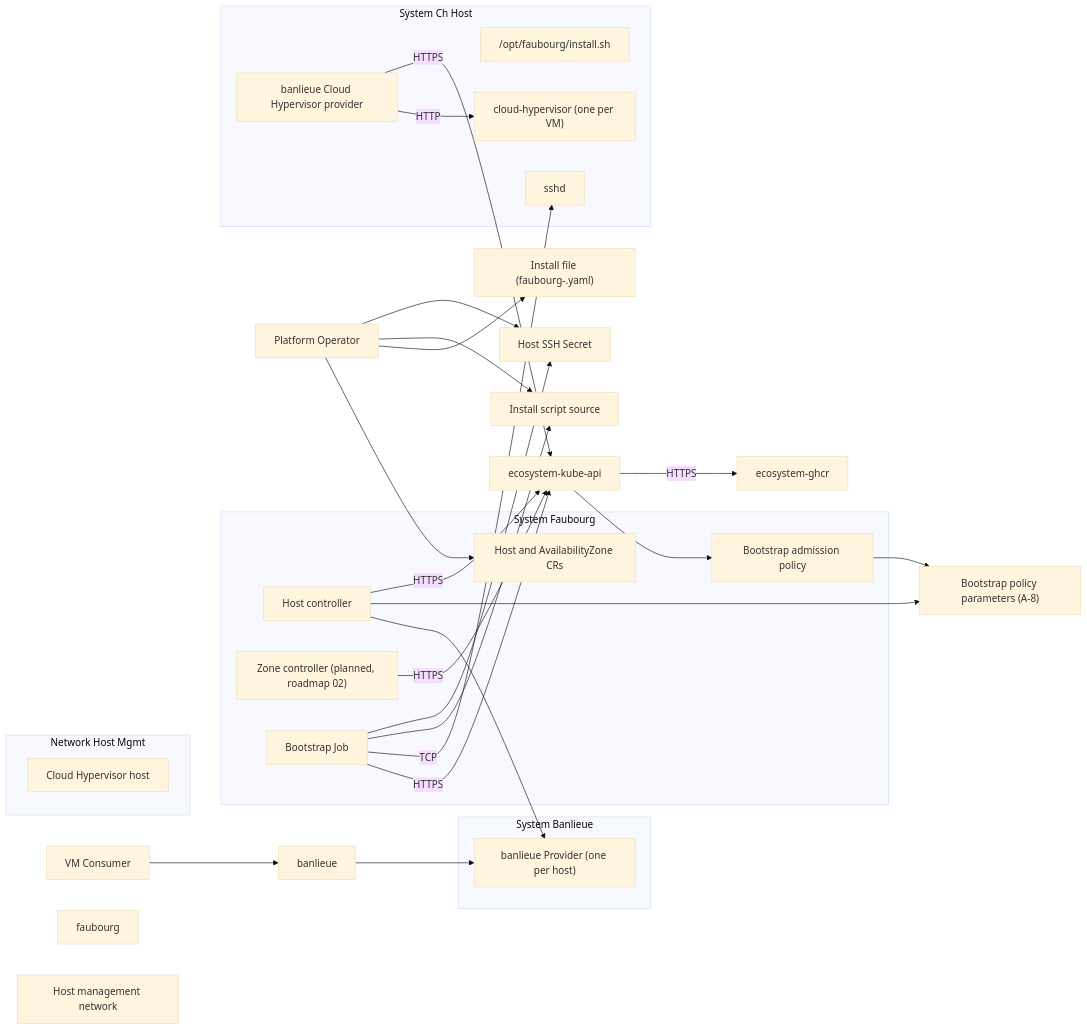
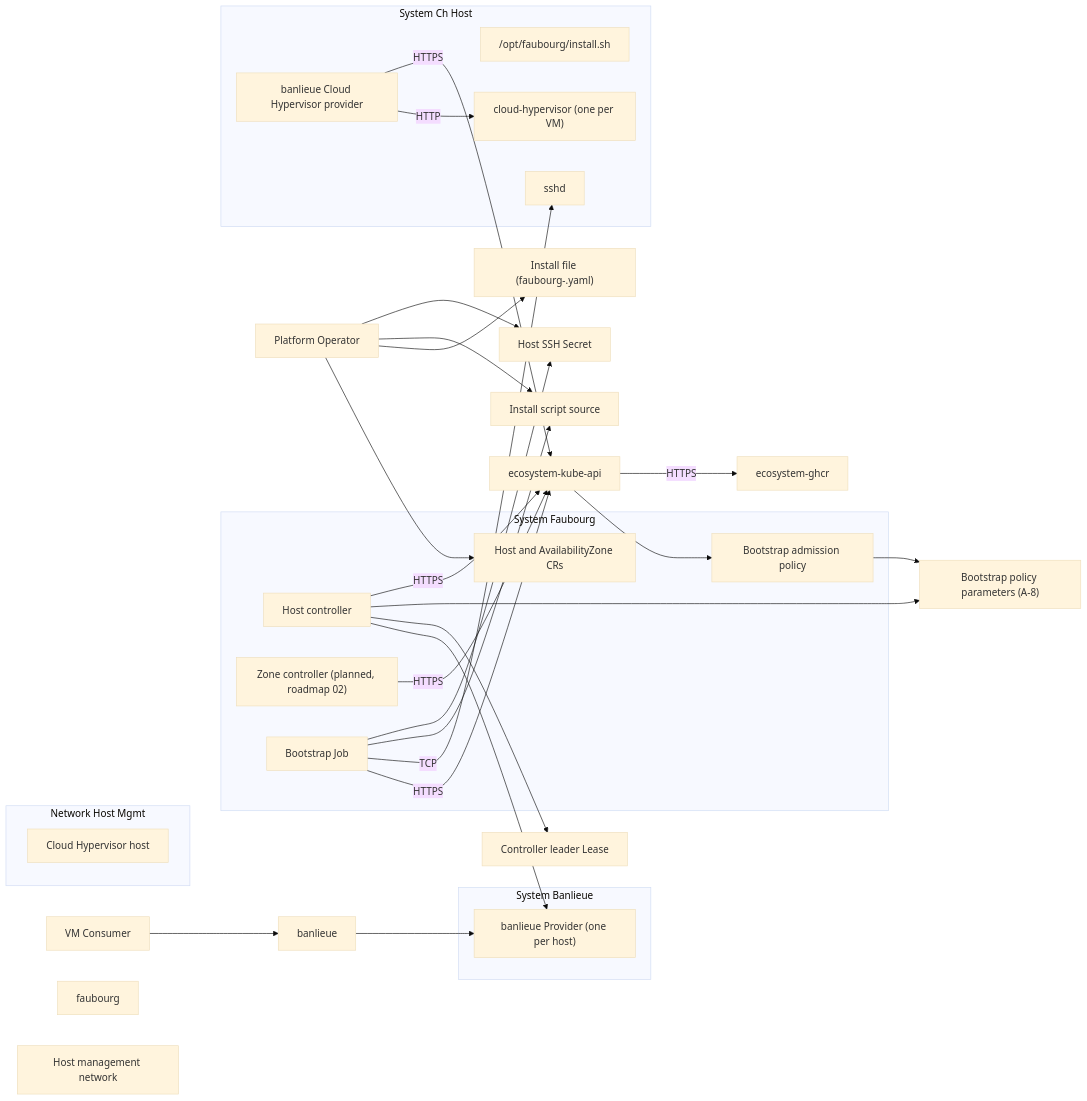
Before and after one commit to firestoned/faubourg: the diagram in docs/architecture/diagrams/system.md, drawn with Mermaid (base theme). The commit also changed 16 other files, not shown here.

````diff
--- a/docs/architecture/diagrams/system.md
+++ b/docs/architecture/diagrams/system.md
@@ -21,61 +21,63 @@
 ```mermaid
 flowchart LR
     actor-platform-operator["Platform Operator"]
     actor-vm-consumer["VM Consumer"]
     system-faubourg["faubourg"]
     service-host-controller["Host controller"]
     service-zone-controller["Zone controller (planned, roadmap 02)"]
     service-bootstrap-job["Bootstrap Job"]
     service-bootstrap-admission-policy["Bootstrap admission policy"]
     data-asset-bootstrap-policy-params["Bootstrap policy parameters (A-8)"]
+    data-asset-controller-lease["Controller leader Lease"]
     data-asset-host-az-crs["Host and AvailabilityZone CRs"]
     data-asset-ssh-secret["Host SSH Secret"]
     system-banlieue["banlieue"]
     data-asset-provider-cr["banlieue Provider (one per host)"]
     system-ch-host["Cloud Hypervisor host"]
     data-asset-install-script["Install script source"]
     data-asset-host-install-script["/opt/faubourg/install.sh"]
     service-ssh["sshd"]
     service-banlieue-ch-provider["banlieue Cloud Hypervisor provider"]
     service-cloud-hypervisor["cloud-hypervisor (one per VM)"]
     network-host-mgmt["Host management network"]
     data-asset-install-file["Install file (faubourg-<version>.yaml)"]
     subgraph sg_system-faubourg [System Faubourg]
         service-host-controller
         service-zone-controller
         service-bootstrap-job
         service-bootstrap-admission-policy
         data-asset-host-az-crs
     end
     subgraph sg_system-ch-host [System Ch Host]
         service-ssh
         data-asset-host-install-script
         service-banlieue-ch-provider
         service-cloud-hypervisor
     end
     subgraph sg_system-banlieue [System Banlieue]
         data-asset-provider-cr
     end
     subgraph sg_network-host-mgmt [Network Host Mgmt]
         system-ch-host
     end
     actor-platform-operator --> data-asset-host-az-crs
     actor-platform-operator --> data-asset-ssh-secret
     actor-platform-operator --> data-asset-install-script
     actor-vm-consumer --> system-banlieue
     service-host-controller -->|HTTPS| ecosystem-kube-api
     ecosystem-kube-api --> service-bootstrap-admission-policy
     service-bootstrap-admission-policy --> data-asset-bootstrap-policy-params
     service-host-controller --> data-asset-bootstrap-policy-params
+    service-host-controller --> data-asset-controller-lease
     service-zone-controller -->|HTTPS| ecosystem-kube-api
     service-bootstrap-job --> data-asset-ssh-secret
     service-bootstrap-job --> data-asset-install-script
     service-bootstrap-job -->|TCP| service-ssh
     service-banlieue-ch-provider -->|HTTPS| ecosystem-kube-api
     service-banlieue-ch-provider -->|HTTP| service-cloud-hypervisor
     system-banlieue --> data-asset-provider-cr
     service-host-controller --> data-asset-provider-cr
     service-bootstrap-job -->|HTTPS| ecosystem-kube-api
     ecosystem-kube-api -->|HTTPS| ecosystem-ghcr
     actor-platform-operator --> data-asset-install-file
 ```
````
